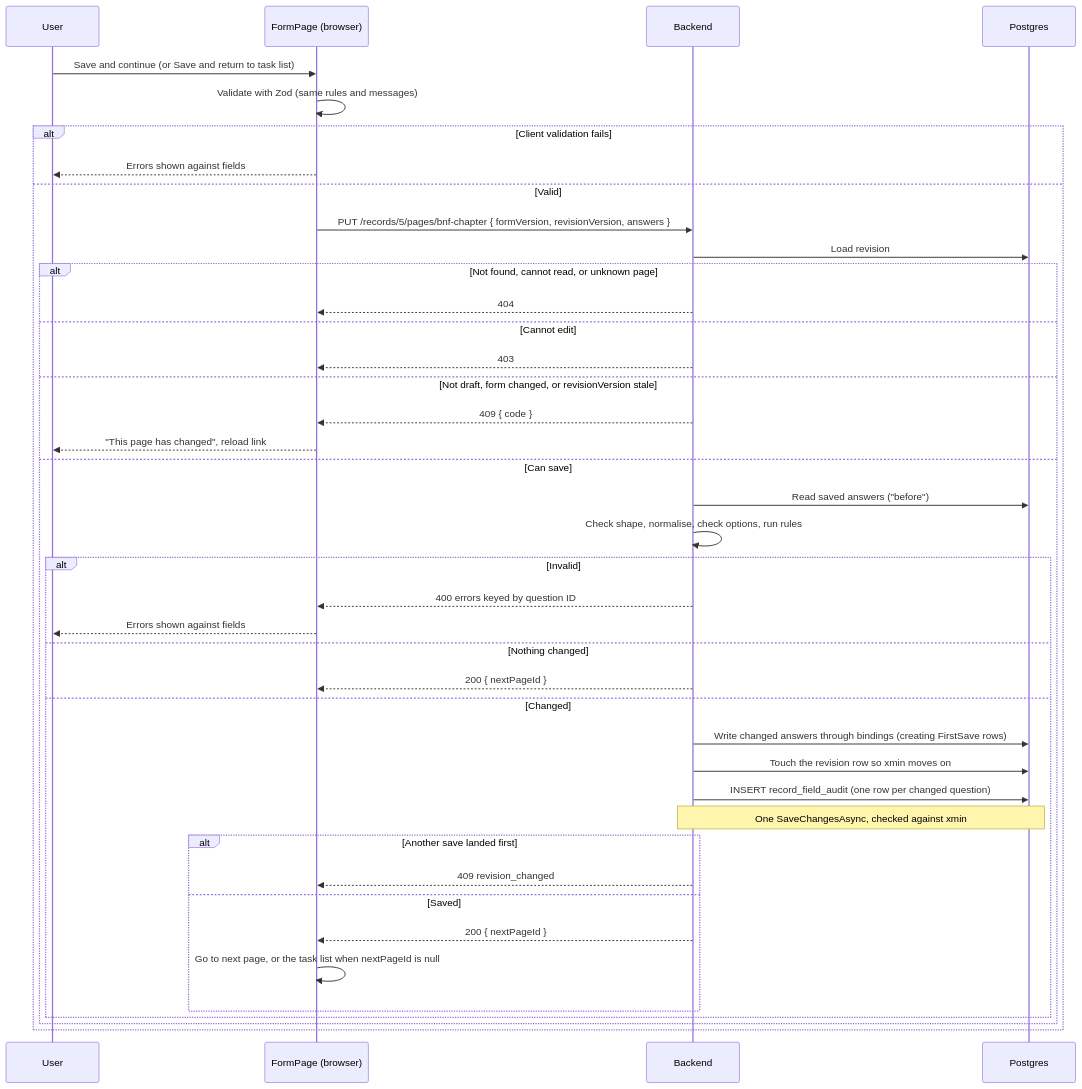
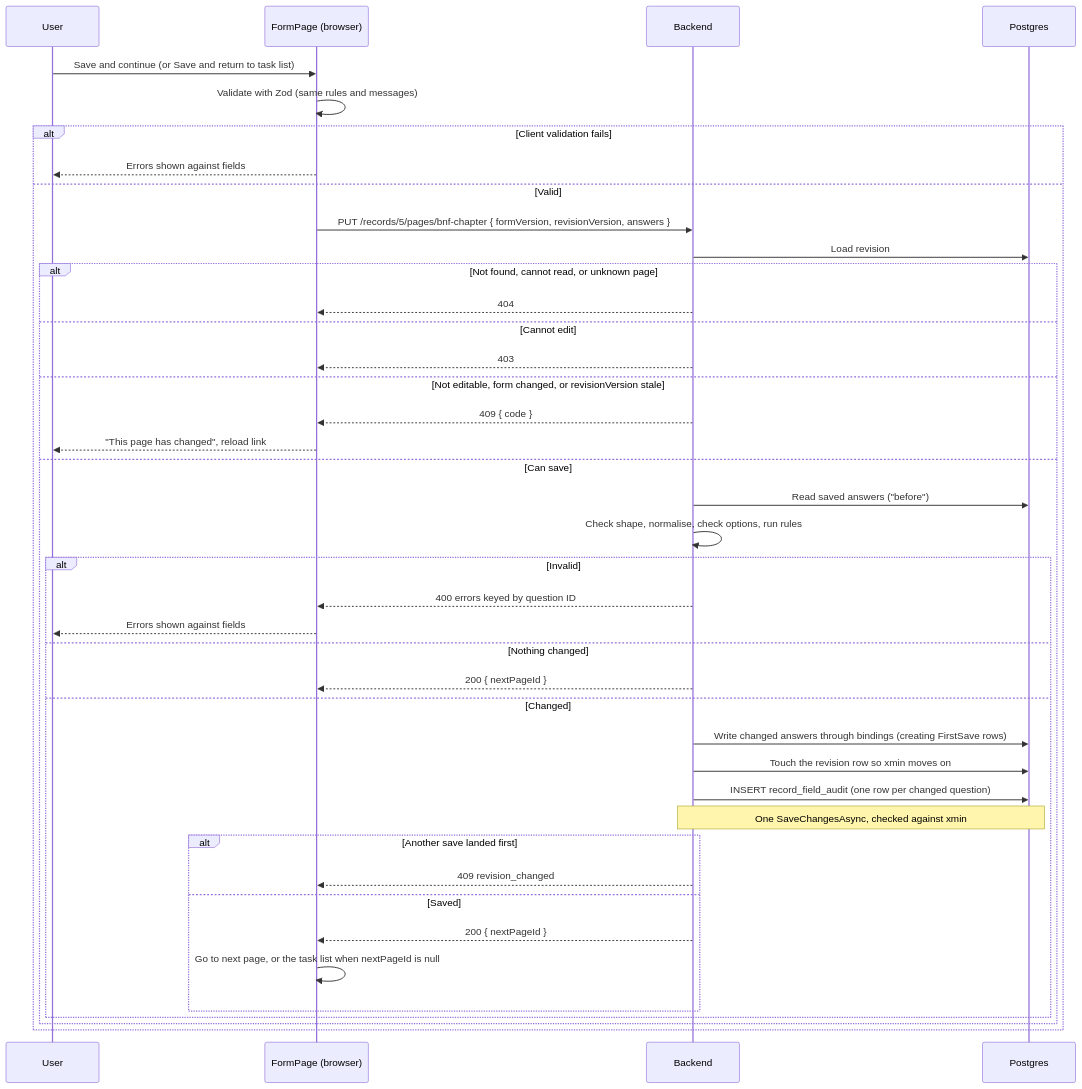
Before and after one commit to ditnice/aws-UKPS: the sixth of 6 diagrams in documentation/form-generation/high-level-design.md, drawn with Mermaid. The commit also changed 2 other files, not shown here.

Commit message:
Addressed comments, rebased

````diff
--- a/documentation/form-generation/high-level-design.md
+++ b/documentation/form-generation/high-level-design.md
@@ -477,43 +477,43 @@
 ```mermaid
 sequenceDiagram
     participant U as User
     participant F as FormPage (browser)
     participant B as Backend
     participant P as Postgres
     U->>F: Save and continue (or Save and return to task list)
     F->>F: Validate with Zod (same rules and messages)
     alt Client validation fails
         F-->>U: Errors shown against fields
     else Valid
         F->>B: PUT /records/5/pages/bnf-chapter { formVersion, revisionVersion, answers }
         B->>P: Load revision
         alt Not found, cannot read, or unknown page
             B-->>F: 404
         else Cannot edit
             B-->>F: 403
-        else Not draft, form changed, or revisionVersion stale
+        else Not editable, form changed, or revisionVersion stale
             B-->>F: 409 { code }
             F-->>U: "This page has changed", reload link
         else Can save
             B->>P: Read saved answers ("before")
             B->>B: Check shape, normalise, check options, run rules
             alt Invalid
                 B-->>F: 400 errors keyed by question ID
                 F-->>U: Errors shown against fields
             else Nothing changed
                 B-->>F: 200 { nextPageId }
             else Changed
                 B->>P: Write changed answers through bindings (creating FirstSave rows)
                 B->>P: Touch the revision row so xmin moves on
                 B->>P: INSERT record_field_audit (one row per changed question)
                 Note over B,P: One SaveChangesAsync, checked against xmin
                 alt Another save landed first
                     B-->>F: 409 revision_changed
                 else Saved
                     B-->>F: 200 { nextPageId }
                     F->>F: Go to next page, or the task list when nextPageId is null
                 end
             end
         end
     end
 ```
````
